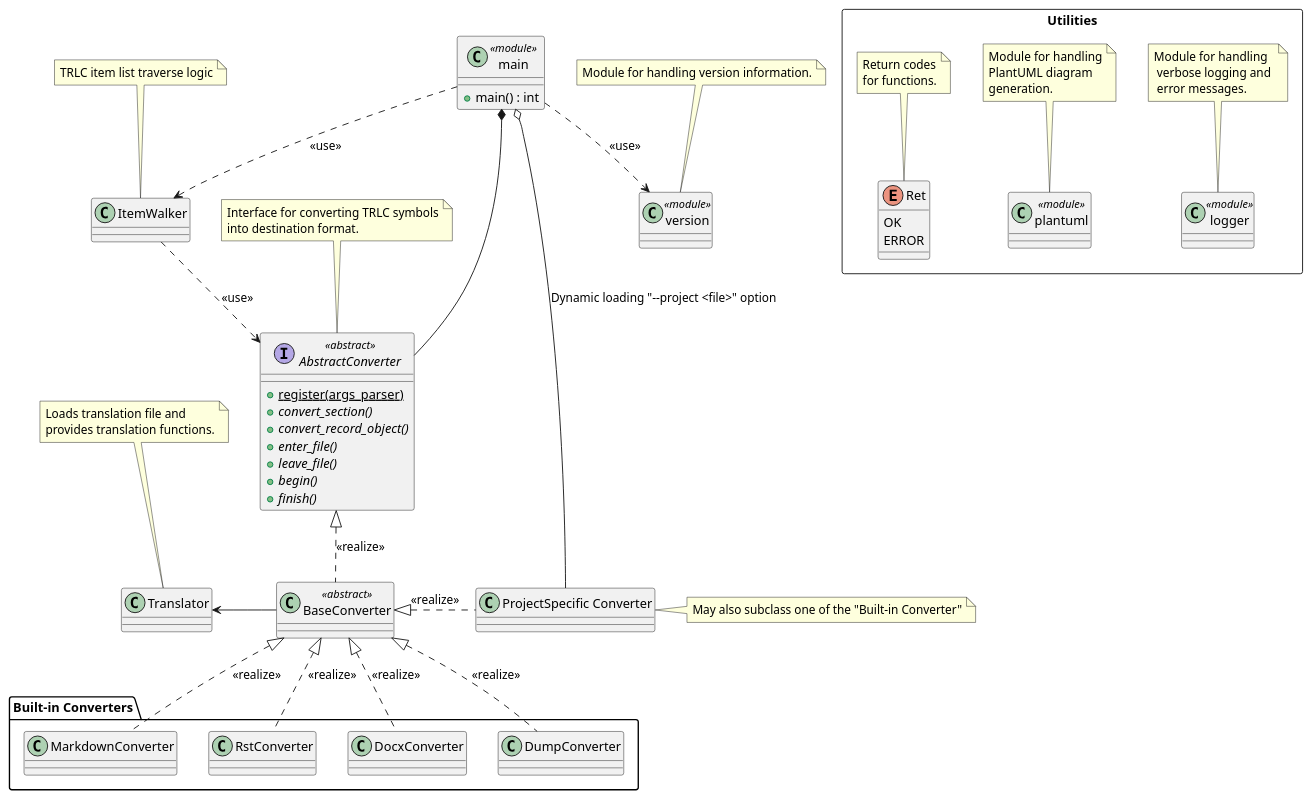
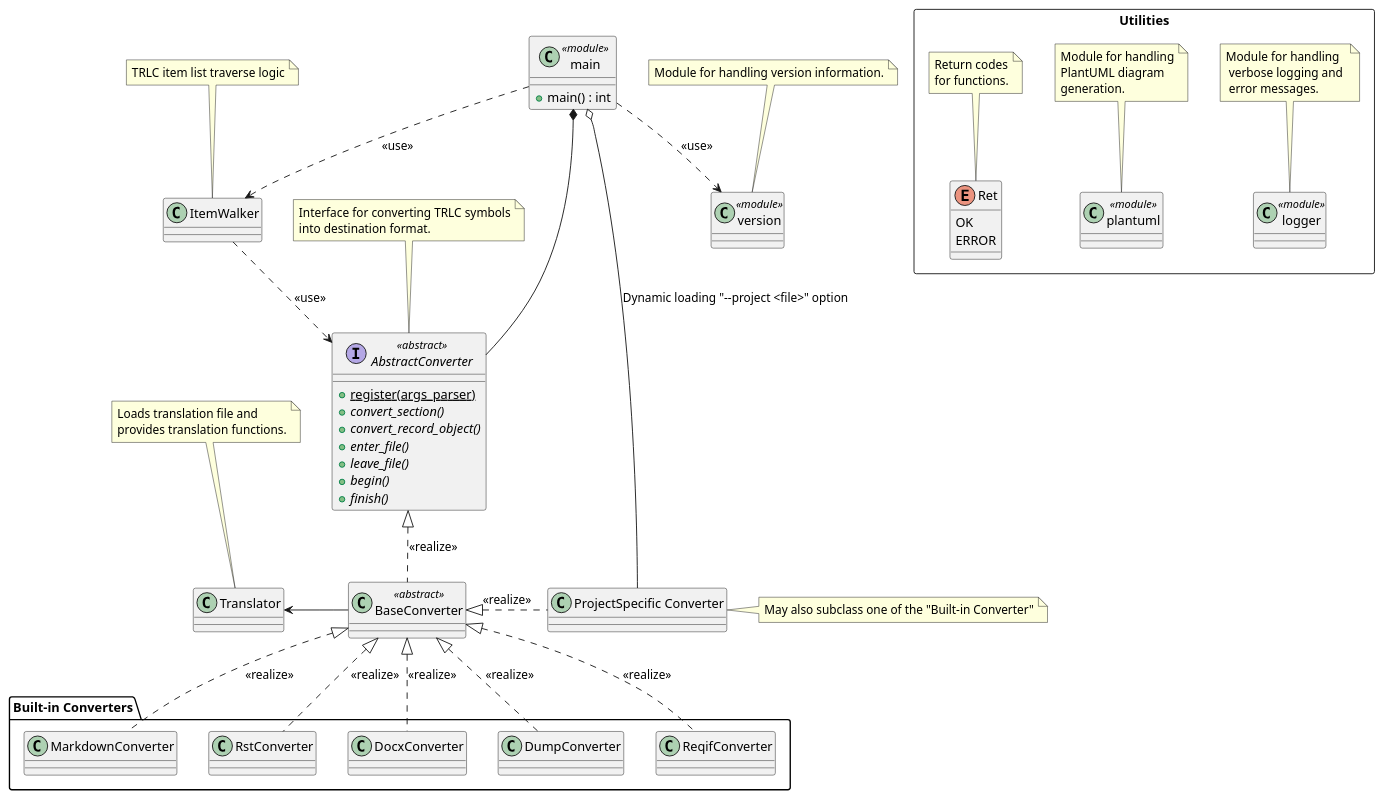
Before and after one commit to NewTec-GmbH/pyTRLCConverter: the diagram in doc/architecture/class_diagram.puml, drawn with PlantUML. The commit also changed 29 other files, not shown here.

```diff
--- a/doc/architecture/class_diagram.puml
+++ b/doc/architecture/class_diagram.puml
@@ -1,117 +1,121 @@
 @startuml class_diagram
 
 interface "AbstractConverter" as abstractConverter <<abstract>> {
     + {static} register(args_parser)
     + {abstract} convert_section()
     + {abstract} convert_record_object()
     + {abstract} enter_file()
     + {abstract} leave_file()
     + {abstract} begin()
     + {abstract} finish()
 }
 
 note top of abstractConverter
     Interface for converting TRLC symbols
     into destination format.
 end note
 
 class "BaseConverter" as baseConverter <<abstract>> {
 }
 
 package "Built-in Converters" {
 
     class "MarkdownConverter" as markdownConverter {
     }
 
     class "RstConverter" as rstConverter {
 
     }
 
     class "DocxConverter" as docxConverter {
     }
 
     class "DumpConverter" as dumpConverter {
     }
+
+    class "ReqifConverter" as reqifConverter {
+    }
 }
 
 abstractConverter <|.. baseConverter: <<realize>>
 baseConverter <|.. markdownConverter: <<realize>>
 baseConverter <|.. docxConverter: <<realize>>
 baseConverter <|.. dumpConverter: <<realize>>
 baseConverter <|.. rstConverter: <<realize>>
+baseConverter <|.. reqifConverter: <<realize>>
 
 class "version" as version <<module>> {
 }
 
 note top of version
     Module for handling version information.
 end note
 
 rectangle Utilities {
 
     class "logger" as logger <<module>> {
     }
 
     note top of logger
         Module for handling
          verbose logging and 
          error messages.
     end note
 
     class "plantuml" as plantuml <<module>> {
     }
 
     note top of plantuml
         Module for handling
         PlantUML diagram
         generation.
     end note
 
     enum Ret {
         OK
         ERROR
     }
 
     note top of Ret
         Return codes
         for functions.
     end note
 }
 
 class "main" as main <<module>> {
     + main() : int
 }
 
 class "ItemWalker" as itemWalker
 
 note top of itemWalker
     TRLC item list traverse logic
 end note
 
 
 main ..> itemWalker: <<use>>
 itemWalker ..> abstractConverter: <<use>>
 main *--- abstractConverter
 main ..> version: <<use>>
 
 
 class "ProjectSpecific Converter" as prjSpecConverter {
 }
 
 note right of prjSpecConverter
 May also subclass one of the "Built-in Converter"
 end note
 
 baseConverter <|.r. prjSpecConverter: <<realize>>
 main o- prjSpecConverter : Dynamic loading "--project <file>" option
 
 class "Translator" as translator
 
 note top of translator
     Loads translation file and
     provides translation functions.
 end note
 
 translator <- baseConverter
 
 @enduml
```
